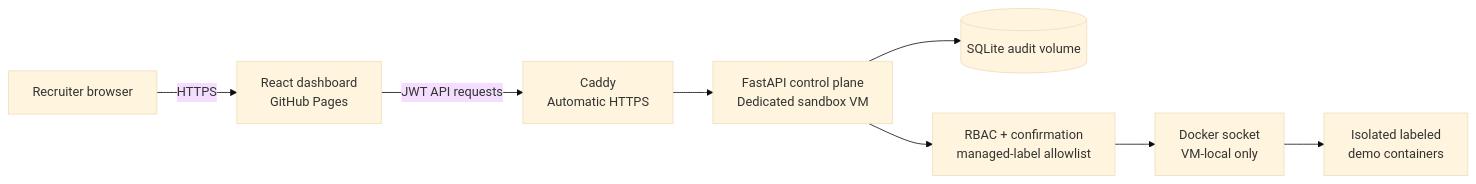
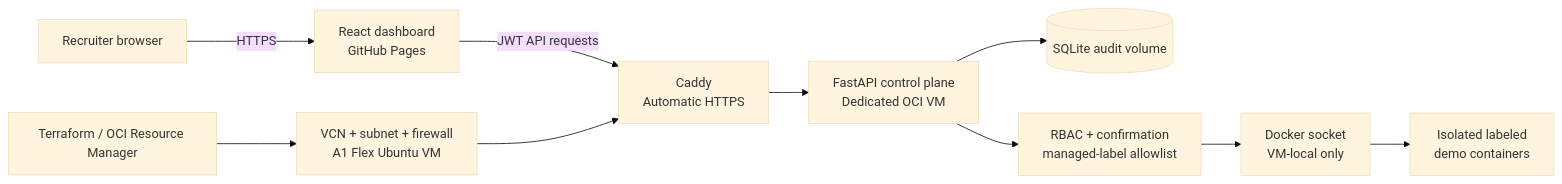
Before and after one commit to cbw29512/wilson-lab: the diagram in README.md, drawn with Mermaid (base theme). The commit also changed other lines of this file and 11 other files, not shown here.

````diff
--- a/README.md
+++ b/README.md
@@ -39,10 +41,12 @@
 ```mermaid
 flowchart LR
     Recruiter[Recruiter browser] -->|HTTPS| UI[React dashboard\nGitHub Pages]
     UI -->|JWT API requests| Proxy[Caddy\nAutomatic HTTPS]
-    Proxy --> API[FastAPI control plane\nDedicated sandbox VM]
+    Proxy --> API[FastAPI control plane\nDedicated OCI VM]
     API --> DB[(SQLite audit volume)]
     API --> Guard[RBAC + confirmation\nmanaged-label allowlist]
     Guard --> Runtime[Docker socket\nVM-local only]
     Runtime --> Containers[Isolated labeled\ndemo containers]
+    IaC[Terraform / OCI Resource Manager] --> Cloud[VCN + subnet + firewall\nA1 Flex Ubuntu VM]
+    Cloud --> Proxy
 ```
````
